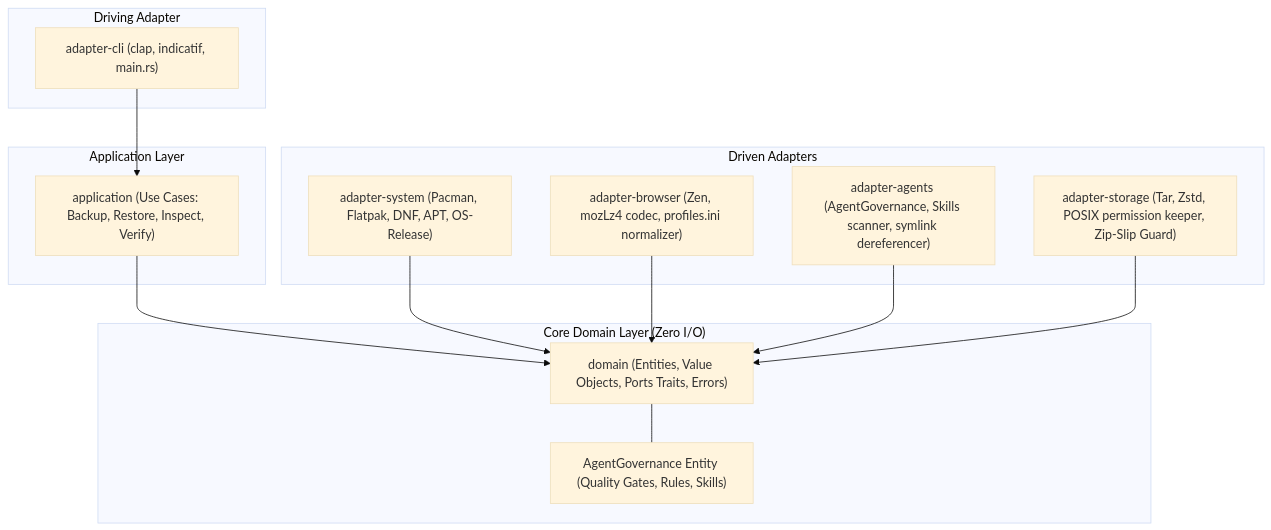
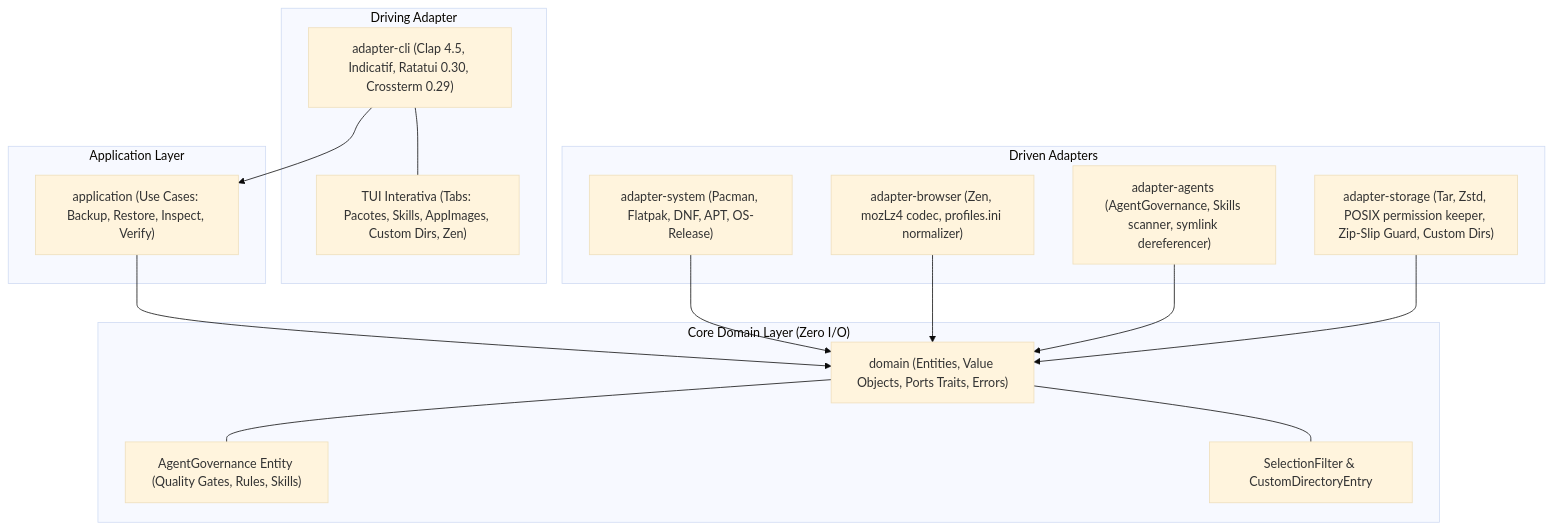
The diagram in estado_arquitetural_atual.md (eduardorwll/distro-vault), drawn with Mermaid (base theme) before and after one commit. The commit also changed other lines of this file and 7 other files, not shown here.

First line of the commit message:
feat(domain): add CustomDirectoryEntry, SelectionFilter and plan Ratatui TUI Phase 6

````diff
--- a/estado_arquitetural_atual.md
+++ b/estado_arquitetural_atual.md
@@ -11,30 +11,34 @@
 ```mermaid
 graph TD
     subgraph Driving["Driving Adapter"]
-        CLI["adapter-cli (clap, indicatif, main.rs)"]
+        CLI["adapter-cli (Clap 4.5, Indicatif, Ratatui 0.30, Crossterm 0.29)"]
+        TUI["TUI Interativa (Tabs: Pacotes, Skills, AppImages, Custom Dirs, Zen)"]
+        CLI --- TUI
     end
 
     subgraph Application["Application Layer"]
         APP["application (Use Cases: Backup, Restore, Inspect, Verify)"]
     end
 
     subgraph CoreDomain["Core Domain Layer (Zero I/O)"]
         DOM["domain (Entities, Value Objects, Ports Traits, Errors)"]
         GOV["AgentGovernance Entity (Quality Gates, Rules, Skills)"]
+        FILTER["SelectionFilter & CustomDirectoryEntry"]
         DOM --- GOV
+        DOM --- FILTER
     end
 
     subgraph Driven["Driven Adapters"]
         SYS["adapter-system (Pacman, Flatpak, DNF, APT, OS-Release)"]
         BRW["adapter-browser (Zen, mozLz4 codec, profiles.ini normalizer)"]
         AGT["adapter-agents (AgentGovernance, Skills scanner, symlink dereferencer)"]
-        STR["adapter-storage (Tar, Zstd, POSIX permission keeper, Zip-Slip Guard)"]
+        STR["adapter-storage (Tar, Zstd, POSIX permission keeper, Zip-Slip Guard, Custom Dirs)"]
     end
 
     CLI --> APP
     APP --> DOM
     SYS --> DOM
     BRW --> DOM
     AGT --> DOM
     STR --> DOM
 ```
````
